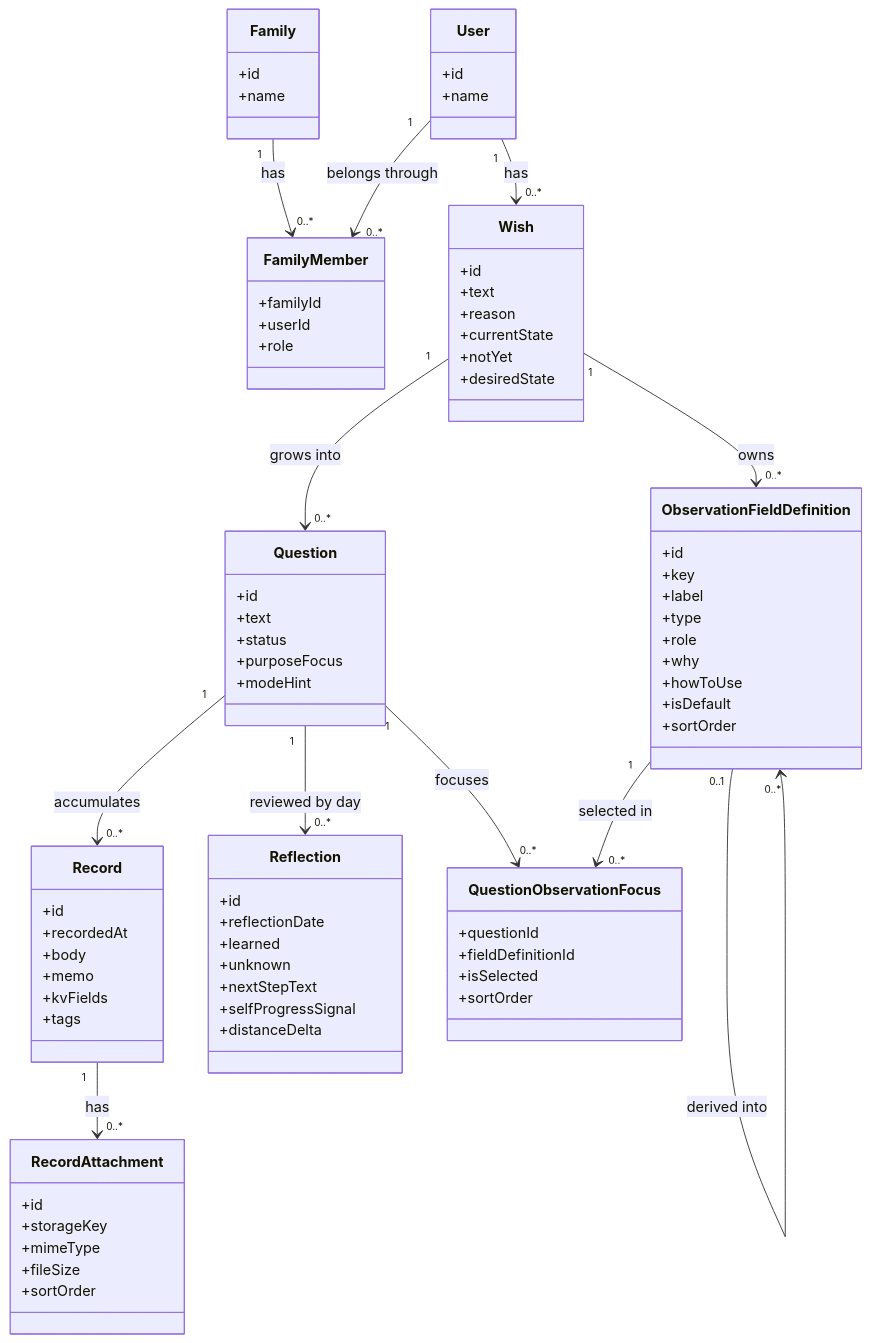
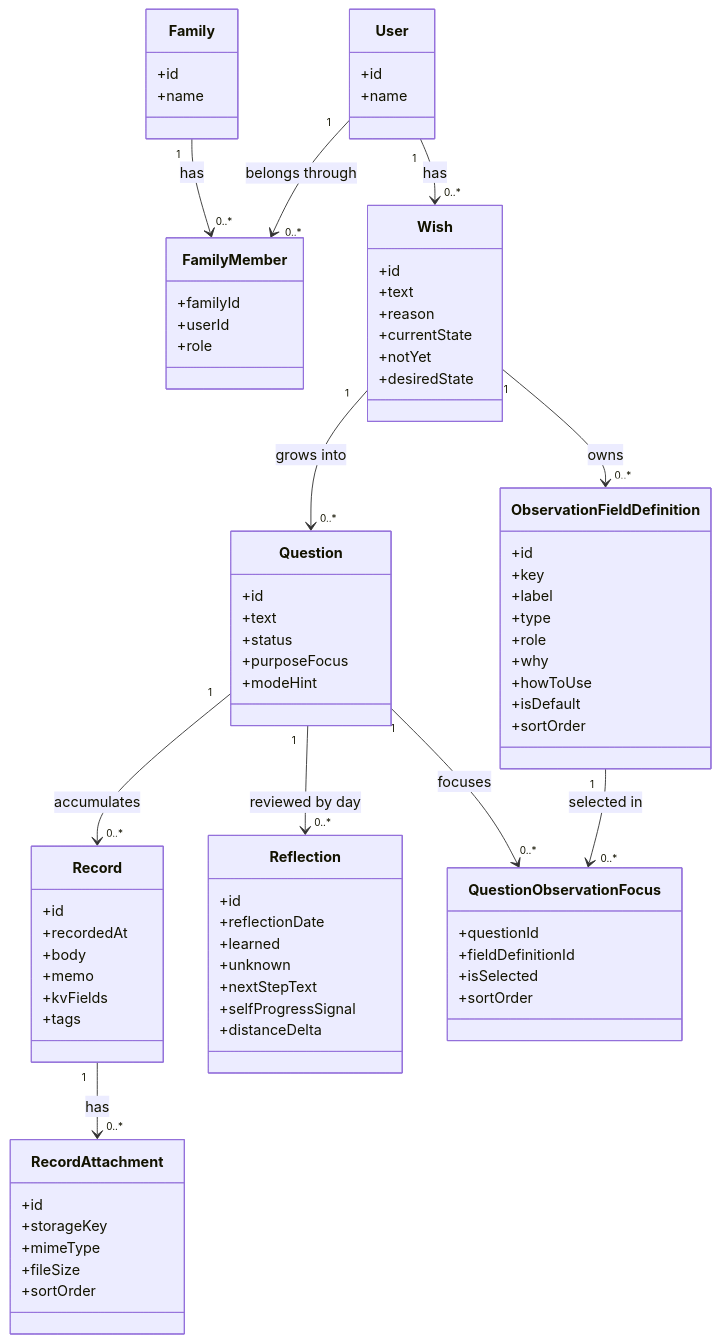
The third of 6 diagrams in docs/product/diagrams.md (ggsato/jiyu-kenkyu-navi), drawn with Mermaid before and after one commit. The commit also changed other lines of this file, not shown here.

Commit message:
Add alternative Mermaid field lineage diagrams

````diff
--- a/docs/product/diagrams.md
+++ b/docs/product/diagrams.md
@@ -185,5 +185,4 @@
     Question "1" --> "0..*" Reflection : reviewed by day
     Question "1" --> "0..*" QuestionObservationFocus : focuses
     ObservationFieldDefinition "1" --> "0..*" QuestionObservationFocus : selected in
-    ObservationFieldDefinition "0..1" --> "0..*" ObservationFieldDefinition : derived into
 ```
````
